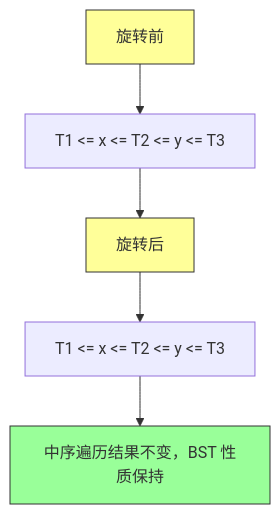
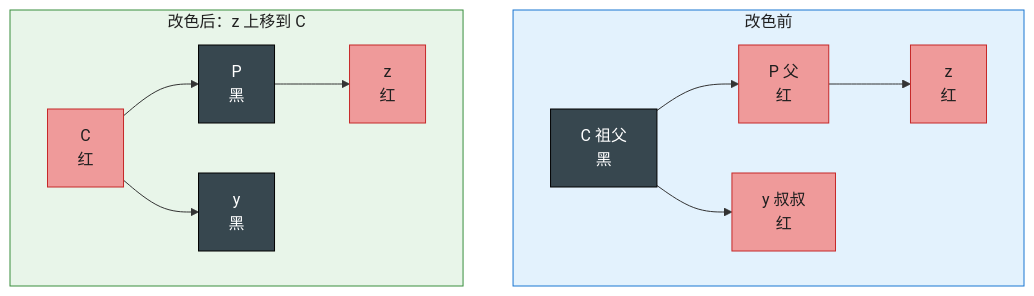
Before and after one commit to socoo123/book_reading: the seventh of 13 diagrams in IntroductionToAlgorithms/Chapter13_红黑树_深度版.md, drawn with Mermaid. The commit also changed other lines of this file and 30 other files, not shown here.

````diff
--- a/IntroductionToAlgorithms/Chapter13_红黑树_深度版.md
+++ b/IntroductionToAlgorithms/Chapter13_红黑树_深度版.md
@@ -333,11 +264,19 @@
 ```mermaid
-flowchart TD
-    A["旋转前"] --> B["T1 <= x <= T2 <= y <= T3"]
-    B --> C["旋转后"]
-    C --> D["T1 <= x <= T2 <= y <= T3"]
-    D --> E["中序遍历结果不变，BST 性质保持"]
-
-    style A fill:#ffff99,stroke:#333
-    style C fill:#ffff99,stroke:#333
-    style E fill:#99ff99,stroke:#333
+graph TD
+    subgraph S1["改色前"]
+      c1["C 祖父<br/>黑"] --> p1["P 父<br/>红"]
+      c1 --> y1["y 叔叔<br/>红"]
+      p1 --> z1["z<br/>红"]
+    end
+    subgraph S2["改色后：z 上移到 C"]
+      c2["C<br/>红"] --> p2["P<br/>黑"]
+      c2 --> y2["y<br/>黑"]
+      p2 --> z2["z<br/>红"]
+    end
+    style S1 fill:#E3F2FD,stroke:#1976D2,color:#1f1f1f
+    style S2 fill:#E8F5E9,stroke:#388E3C,color:#1f1f1f
+    classDef B fill:#37474F,stroke:#000,color:#fff
+    classDef R fill:#EF9A9A,stroke:#C62828,color:#1f1f1f
+    class p1,y1,z1,c2,z2 R
+    class c1,p2,y2 B
 ```
````
